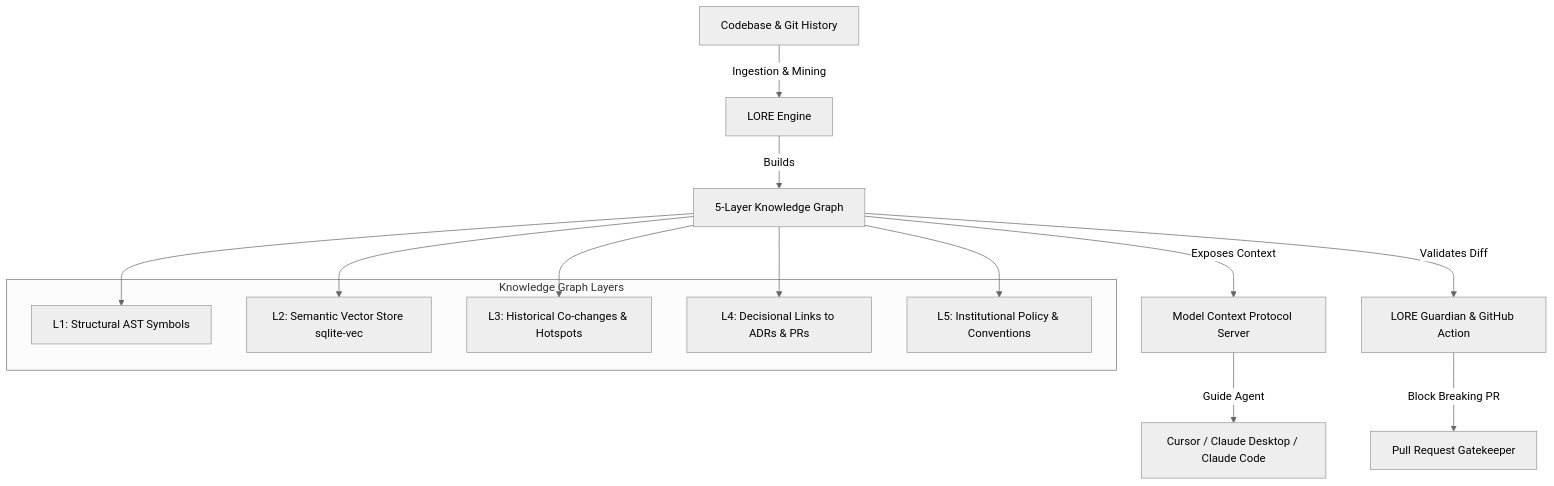
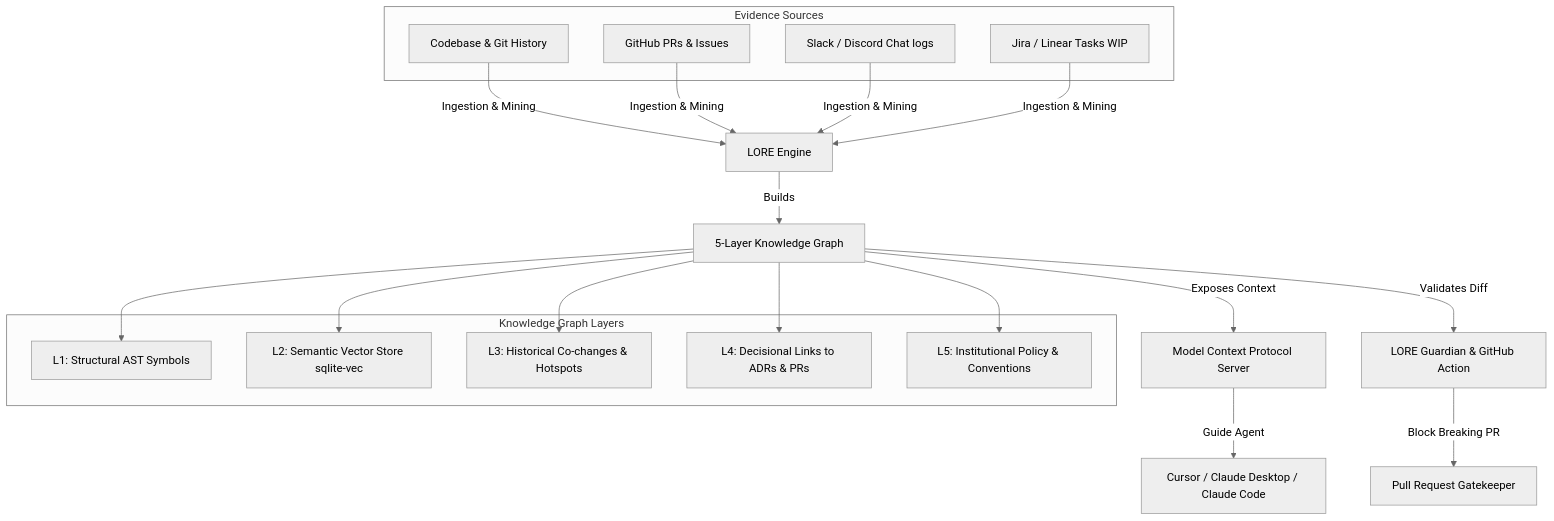
The diagram in README.md (filippogabriele19/lore), drawn with Mermaid (neutral theme) before and after one commit.

Commit message:
docs: update architecture diagram to show all evidence source inputs

````diff
--- a/README.md
+++ b/README.md
@@ -29,20 +29,27 @@
 ```mermaid
 graph TD
-    A[Codebase & Git History] -->|Ingestion & Mining| B[LORE Engine]
+    subgraph Evidence Sources
+        A1[Codebase & Git History]
+        A2[GitHub PRs & Issues]
+        A3[Slack / Discord Chat logs]
+        A4[Jira / Linear Tasks WIP]
+    end
+    
+    A1 & A2 & A3 & A4 -->|Ingestion & Mining| B[LORE Engine]
     B -->|Builds| C[5-Layer Knowledge Graph]
     
     subgraph Knowledge Graph Layers
         C1[L1: Structural AST Symbols]
         C2[L2: Semantic Vector Store sqlite-vec]
         C3[L3: Historical Co-changes & Hotspots]
         C4[L4: Decisional Links to ADRs & PRs]
         C5[L5: Institutional Policy & Conventions]
     end
     
     C --> C1 & C2 & C3 & C4 & C5
     C -->|Exposes Context| D[Model Context Protocol Server]
     C -->|Validates Diff| E[LORE Guardian & GitHub Action]
     
     D -->|Guide Agent| F[Cursor / Claude Desktop / Claude Code]
     E -->|Block Breaking PR| G[Pull Request Gatekeeper]
 ```
````
